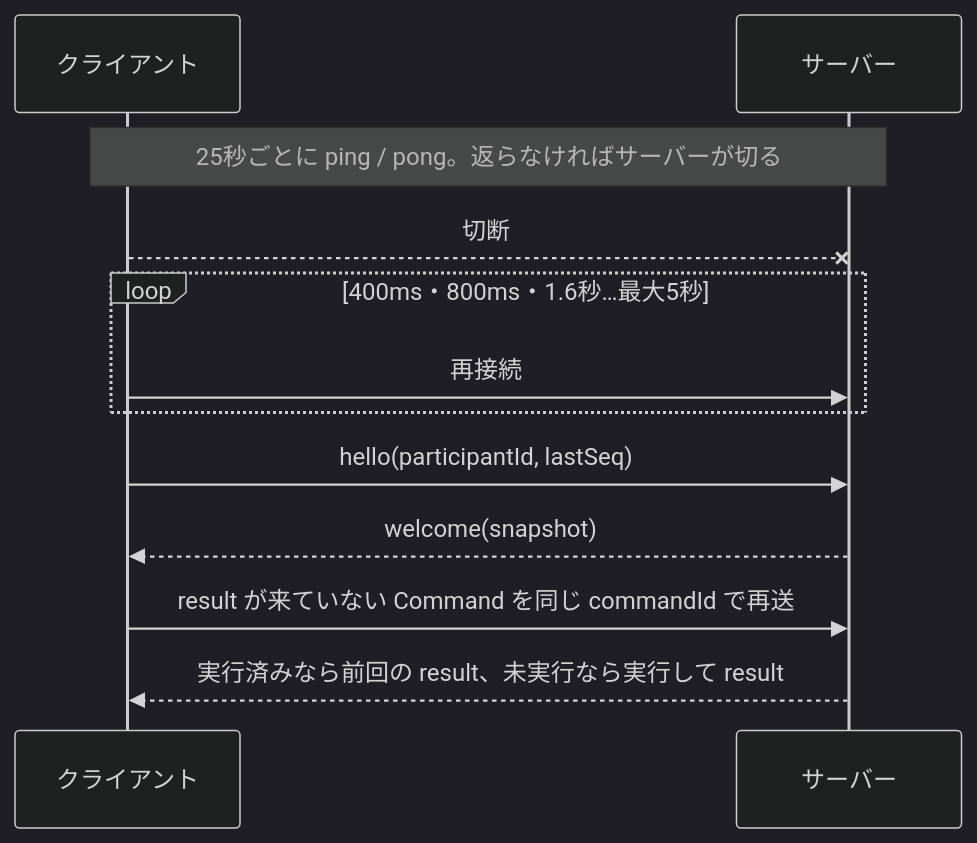
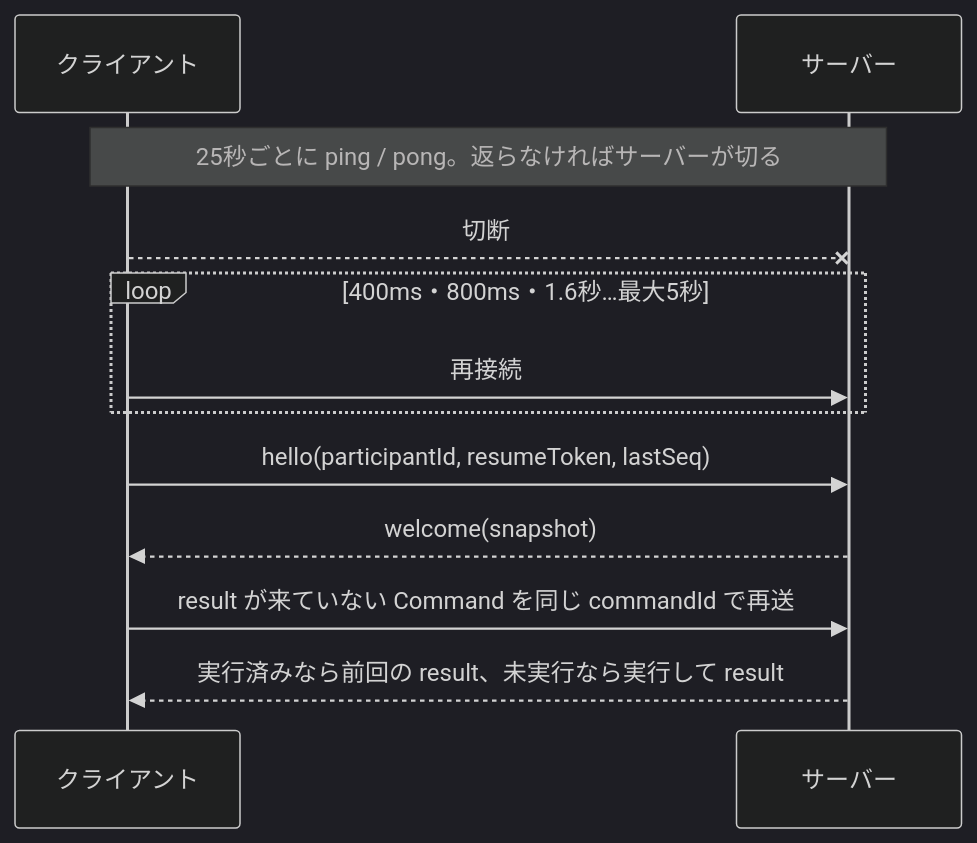
One commit to yuto-valiark/idea-audition changed the third of 3 diagrams in docs/protocol/camp-v1.md. Above: the diagram before and after it, drawn with Mermaid (dark theme). The commit also changed other lines of this file and 11 other files, not shown here.

````diff
--- a/docs/protocol/camp-v1.md
+++ b/docs/protocol/camp-v1.md
@@ -229,14 +230,14 @@
 ```mermaid
 sequenceDiagram
   participant C as クライアント
   participant S as サーバー
   Note over C,S: 25秒ごとに ping / pong。返らなければサーバーが切る
   C--xS: 切断
   loop 400ms・800ms・1.6秒…最大5秒
     C->>S: 再接続
   end
-  C->>S: hello(participantId, lastSeq)
+  C->>S: hello(participantId, resumeToken, lastSeq)
   S-->>C: welcome(snapshot)
   C->>S: result が来ていない Command を同じ commandId で再送
   S-->>C: 実行済みなら前回の result、未実行なら実行して result
 ```
````
